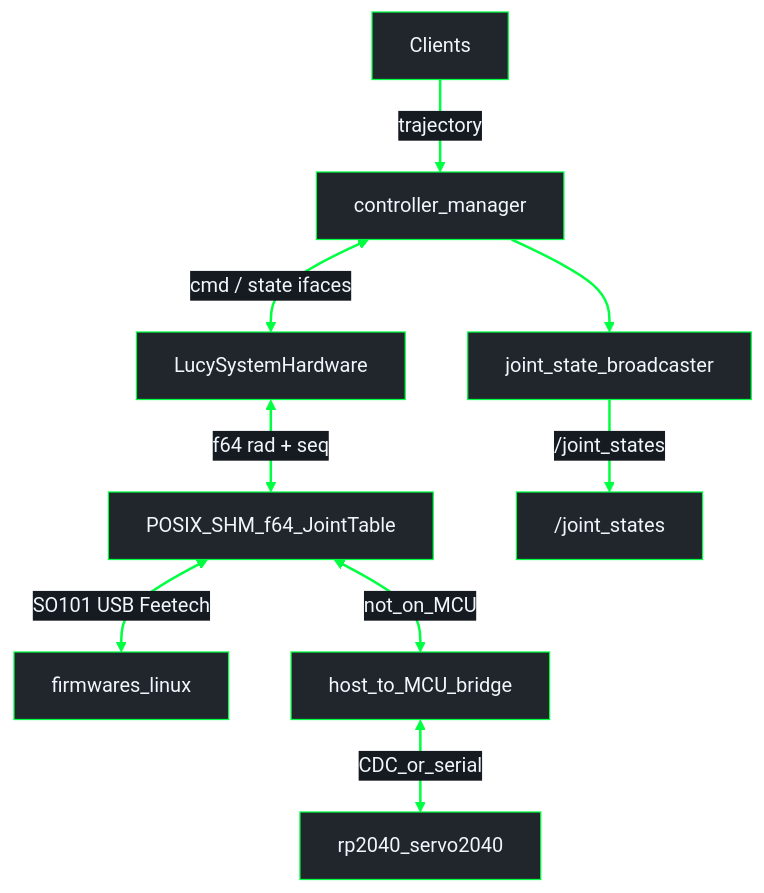
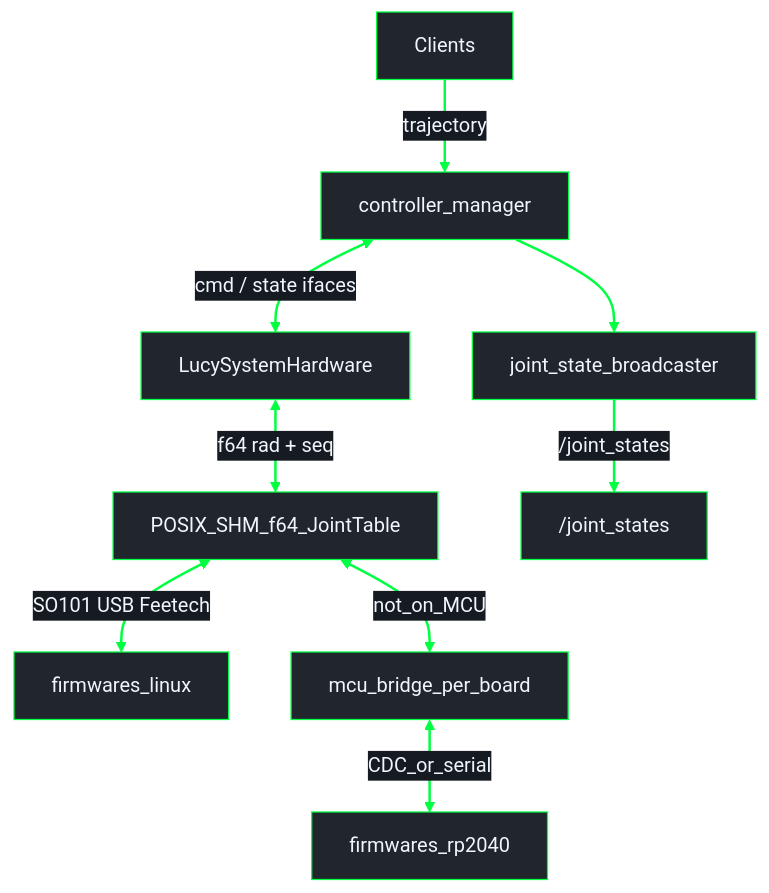
The second of 2 diagrams in docs/architecture/pipeline_shm.md (Lucy-Robotics/lucy_ros_packages), drawn with Mermaid before and after one commit. The commit also changed other lines of this file and 1 other file, not shown here.

First line of the commit message:
docs: Servo2040 plug path and per-board mcu_bridge

````diff
--- a/docs/architecture/pipeline_shm.md
+++ b/docs/architecture/pipeline_shm.md
@@ -44,22 +48,22 @@
 ```mermaid
 %%{init: {"theme": "base", "themeVariables": {"darkMode": true, "background": "#0d1117", "mainBkg": "#21262d", "primaryColor": "#21262d", "primaryTextColor": "#f0f6fc", "primaryBorderColor": "#00FF41", "secondaryColor": "#161b22", "secondaryTextColor": "#f0f6fc", "secondaryBorderColor": "#00FF41", "tertiaryColor": "#161b22", "tertiaryTextColor": "#f0f6fc", "tertiaryBorderColor": "#00FF41", "lineColor": "#00FF41", "textColor": "#f0f6fc", "nodeTextColor": "#f0f6fc", "edgeLabelBackground": "#161b22", "clusterBkg": "#0d1117", "clusterBorder": "#00FF41", "titleColor": "#f0f6fc"}}}%%
 flowchart TB
   Clients["Clients"]
   CM["controller_manager"]
   HI["LucySystemHardware"]
   SHM["POSIX_SHM_f64_JointTable"]
   LinuxFW["firmwares_linux"]
-  Bridge["host_to_MCU_bridge"]
-  FW["rp2040_servo2040"]
+  Bridge["mcu_bridge_per_board"]
+  FW["firmwares_rp2040"]
   JS["joint_state_broadcaster"]
 
   Clients -->|"trajectory"| CM
   CM <-->|"cmd / state ifaces"| HI
   CM --> JS
   JS -->|"/joint_states"| Topic["/joint_states"]
   HI <-->|"f64 rad + seq"| SHM
   SHM <-->|"SO101 USB Feetech"| LinuxFW
   SHM <-->|"not_on_MCU"| Bridge
   Bridge <-->|"CDC_or_serial"| FW
   linkStyle default stroke:#00FF41,stroke-width:2px
 ```
````
